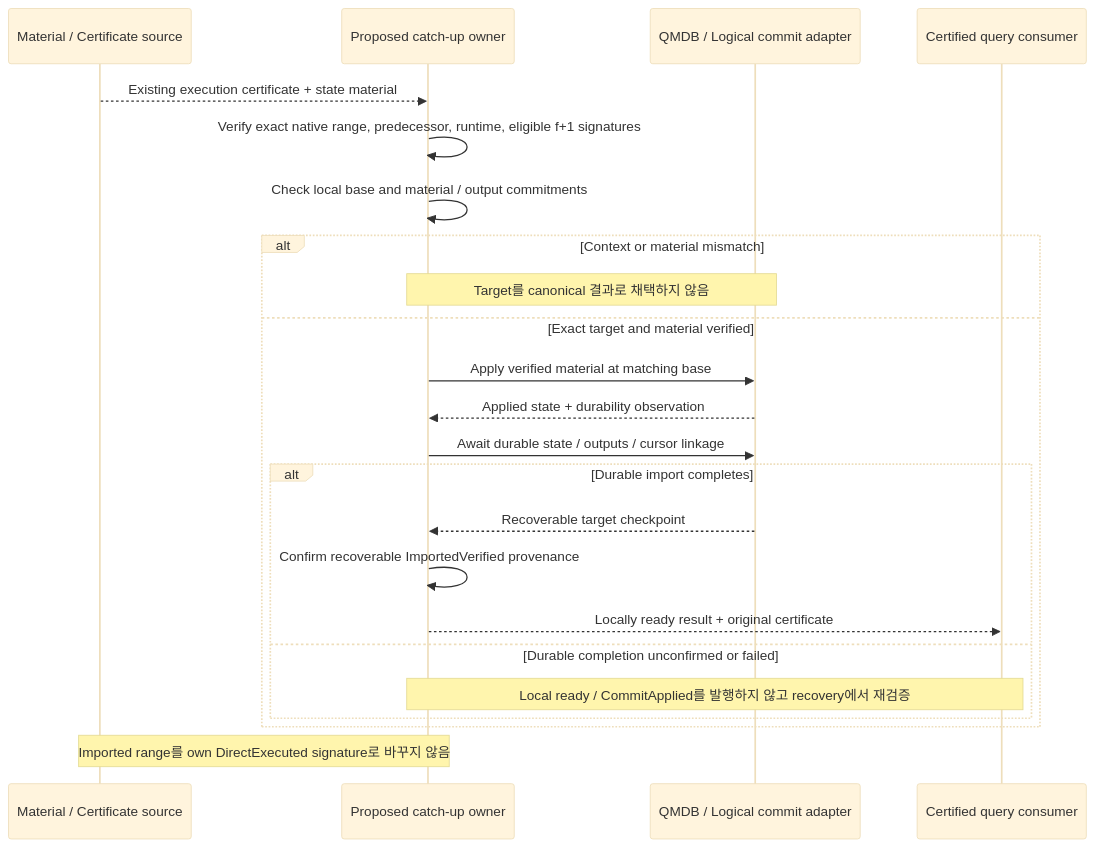
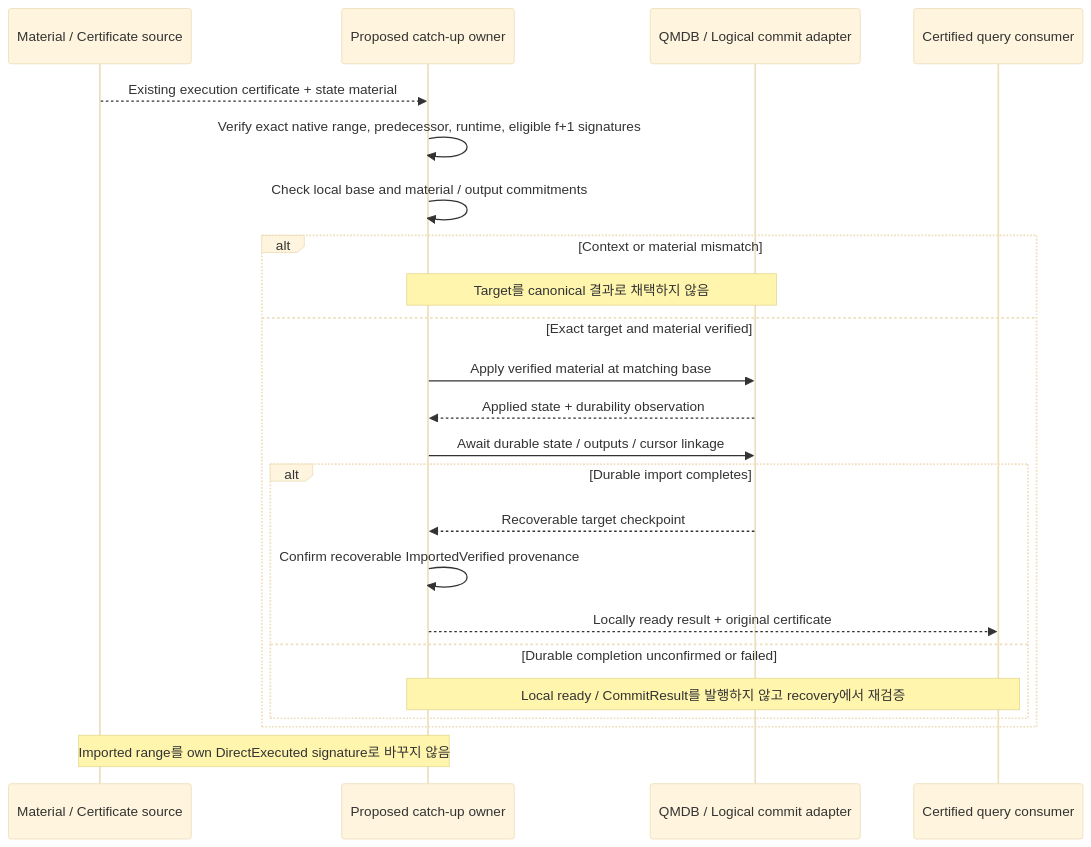
One commit to djm07073/baton-research changed diagram 14 of 18 in IMPLEMENTATION_SPEC.md. Above: the diagram before and after it, drawn with Mermaid (base theme). The commit also changed other lines of this file and 51 other files, not shown here.

````diff
--- a/IMPLEMENTATION_SPEC.md
+++ b/IMPLEMENTATION_SPEC.md
@@ -633,25 +669,25 @@
 ```mermaid
 sequenceDiagram
     participant P as Material / Certificate source
     participant C as Proposed catch-up owner
     participant Q as QMDB / Logical commit adapter
     participant V as Certified query consumer
     P-->>C: Existing execution certificate + state material
     C->>C: Verify exact native range, predecessor, runtime, eligible f+1 signatures
     C->>C: Check local base and material / output commitments
     alt Context or material mismatch
         Note over C,Q: Target를 canonical 결과로 채택하지 않음
     else Exact target and material verified
         C->>Q: Apply verified material at matching base
         Q-->>C: Applied state + durability observation
         C->>Q: Await durable state / outputs / cursor linkage
         alt Durable import completes
             Q-->>C: Recoverable target checkpoint
             C->>C: Confirm recoverable ImportedVerified provenance
             C-->>V: Locally ready result + original certificate
         else Durable completion unconfirmed or failed
-            Note over C,V: Local ready / CommitApplied를 발행하지 않고 recovery에서 재검증
+            Note over C,V: Local ready / CommitResult를 발행하지 않고 recovery에서 재검증
         end
     end
     Note over P,C: Imported range를 own DirectExecuted signature로 바꾸지 않음
 ```
````
